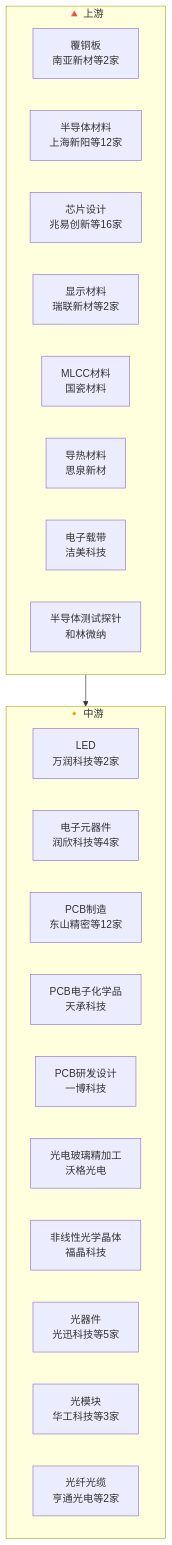
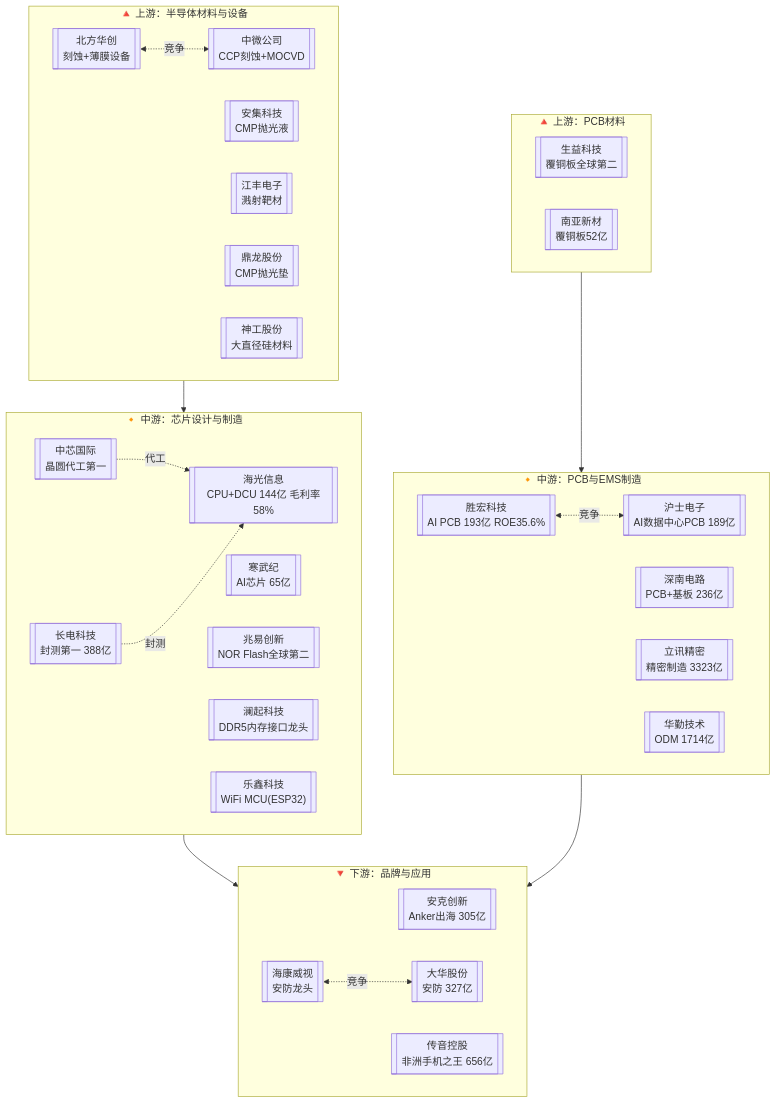
One commit to zhangbo1882/open-industry changed the diagram in industry/wiki/industries/电子产业链.md. Above: the diagram before and after it, drawn with Mermaid. The commit also changed 2 other files, not shown here.

Commit message:
Mermaid图升级: 汽车/电子/电力设备三大产业链精制
汽车: 32节点/18业务关联/3股权/5竞争(年报验证关系)
电子: 28节点/4代工关联/5竞争(芯片/PCB/EMS全链)
电力设备: 22节点(光伏硅料→组件+锂电材料→电池双链)

其余18个L1页保留自动生成版(后续深度ingest时升级)

````diff
--- a/industry/wiki/industries/电子产业链.md
+++ b/industry/wiki/industries/电子产业链.md
@@ -17,26 +17,47 @@
 ```mermaid
 flowchart TB
-    subgraph upstream["🔺 上游"]
-        覆铜板["覆铜板<br/>南亚新材等2家"]
-        半导体材料["半导体材料<br/>上海新阳等12家"]
-        芯片设计["芯片设计<br/>兆易创新等16家"]
-        显示材料["显示材料<br/>瑞联新材等2家"]
-        MLCC材料["MLCC材料<br/>国瓷材料"]
-        导热材料["导热材料<br/>思泉新材"]
-        电子载带["电子载带<br/>洁美科技"]
-        半导体测试探针["半导体测试探针<br/>和林微纳"]
+    subgraph UP["🔺 上游：半导体材料与设备"]
+        direction LR
+        NAURA[["北方华创<br/>刻蚀+薄膜设备"]]
+        AMEC[["中微公司<br/>CCP刻蚀+MOCVD"]]
+        ANJI[["安集科技<br/>CMP抛光液"]]
+        JADARD[["江丰电子<br/>溅射靶材"]]
+        DINGLONG[["鼎龙股份<br/>CMP抛光垫"]]
+        NSIG[["神工股份<br/>大直径硅材料"]]
     end
-    subgraph midstream["🔸 中游"]
-        LED["LED<br/>万润科技等2家"]
-        电子元器件["电子元器件<br/>润欣科技等4家"]
-        PCB制造["PCB制造<br/>东山精密等12家"]
-        PCB电子化学品["PCB电子化学品<br/>天承科技"]
-        PCB研发设计["PCB研发设计<br/>一博科技"]
-        光电玻璃精加工["光电玻璃精加工<br/>沃格光电"]
-        非线性光学晶体["非线性光学晶体<br/>福晶科技"]
-        光器件["光器件<br/>光迅科技等5家"]
-        光模块["光模块<br/>华工科技等3家"]
-        光纤光缆["光纤光缆<br/>亨通光电等2家"]
+    subgraph UP2["🔺 上游：PCB材料"]
+        SYTECH[["生益科技<br/>覆铜板全球第二"]]
+        NANYA[["南亚新材<br/>覆铜板52亿"]]
     end
-    upstream --> midstream
+    subgraph MID1["🔸 中游：芯片设计与制造"]
+        HYGON[["海光信息<br/>CPU+DCU 144亿 毛利率58%"]]
+        CAMBRICON[["寒武纪<br/>AI芯片 65亿"]]
+        GIGADEVICE[["兆易创新<br/>NOR Flash全球第二"]]
+        MONTAGE[["澜起科技<br/>DDR5内存接口龙头"]]
+        ESPRESSIF[["乐鑫科技<br/>WiFi MCU(ESP32)"]]
+        SMIC[["中芯国际<br/>晶圆代工第一"]]
+        JCET[["长电科技<br/>封测第一 388亿"]]
+    end
+    subgraph MID2["🔸 中游：PCB与EMS制造"]
+        SHENGYI[["胜宏科技<br/>AI PCB 193亿 ROE35.6%"]]
+        SCC[["深南电路<br/>PCB+基板 236亿"]]
+        WUS[["沪士电子<br/>AI数据中心PCB 189亿"]]
+        LUXSHARE[["立讯精密<br/>精密制造 3323亿"]]
+        HUAQIN[["华勤技术<br/>ODM 1714亿"]]
+    end
+    subgraph DOWN["🔻 下游：品牌与应用"]
+        ANKER[["安克创新<br/>Anker出海 305亿"]]
+        TRANSSION[["传音控股<br/>非洲手机之王 656亿"]]
+        HIKVISION[["海康威视<br/>安防龙头"]]
+        DAHUA[["大华股份<br/>安防 327亿"]]
+    end
+    UP --> MID1
+    UP2 --> MID2
+    MID1 --> DOWN
+    MID2 --> DOWN
+    SMIC -.->|代工| HYGON
+    JCET -.->|封测| HYGON
+    NAURA <-.->|竞争| AMEC
+    SHENGYI <-.->|竞争| WUS
+    HIKVISION <-.->|竞争| DAHUA
 ```
````
